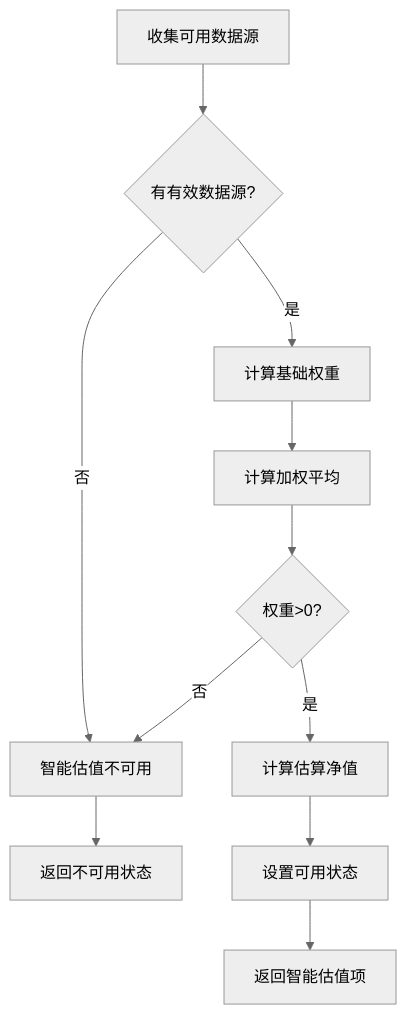
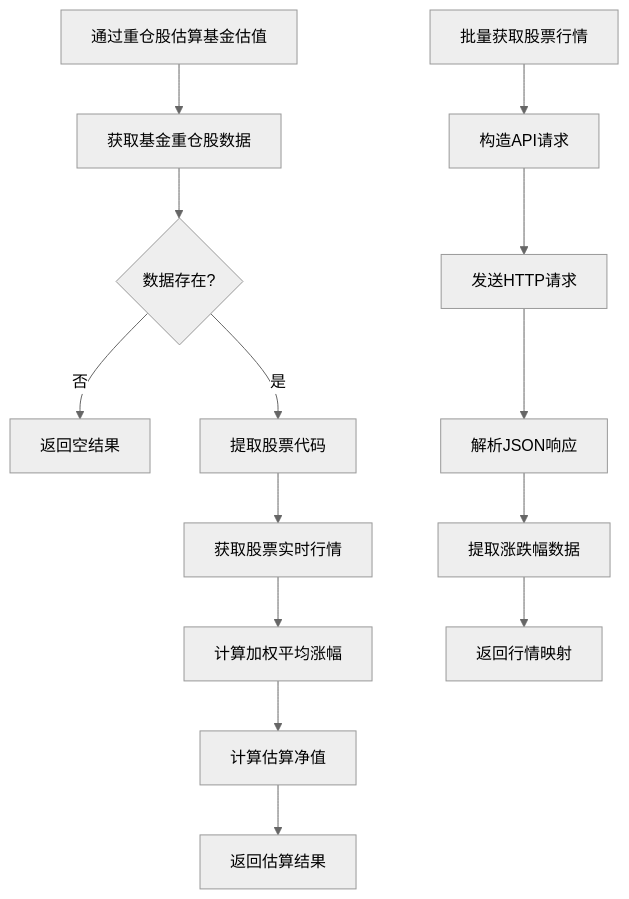
The sixth of 11 diagrams in .qoder/repowiki/zh/content/核心功能开发/实时市场数据可视化.md (gree-coder/fund-butler), drawn with Mermaid (neutral theme) before and after one commit. The commit also changed other lines of this file and 21 other files, not shown here.

````diff
--- a/.qoder/repowiki/zh/content/核心功能开发/实时市场数据可视化.md
+++ b/.qoder/repowiki/zh/content/核心功能开发/实时市场数据可视化.md
@@ -323,13 +289,16 @@
 ```mermaid
 flowchart TD
-A[收集可用数据源] --> B{有有效数据源?}
-B --> |否| C[智能估值不可用]
-B --> |是| D[计算基础权重]
-D --> E[计算加权平均]
-E --> F{权重>0?}
-F --> |否| C
-F --> |是| G[计算估算净值]
-G --> H[设置可用状态]
-H --> I[返回智能估值项]
-C --> J[返回不可用状态]
+A[通过重仓股估算基金估值] --> B[获取基金重仓股数据]
+B --> C{数据存在?}
+C --> |否| D[返回空结果]
+C --> |是| E[提取股票代码]
+E --> F[获取股票实时行情]
+F --> G[计算加权平均涨幅]
+G --> H[计算估算净值]
+H --> I[返回估算结果]
+J[批量获取股票行情] --> K[构造API请求]
+K --> L[发送HTTP请求]
+L --> M[解析JSON响应]
+M --> N[提取涨跌幅数据]
+N --> O[返回行情映射]
 ```
````
